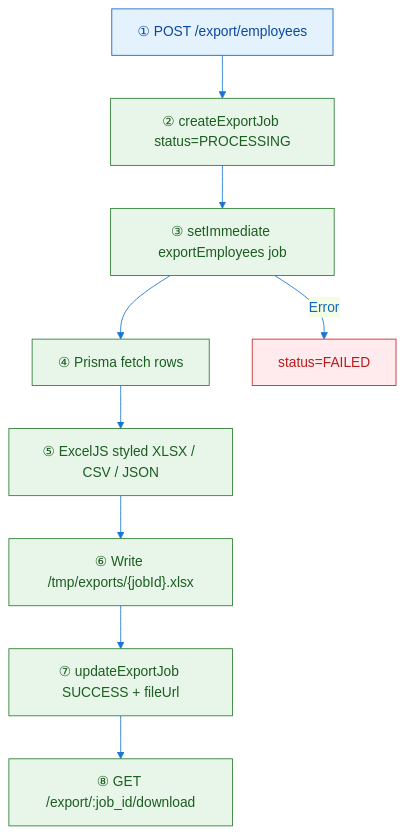
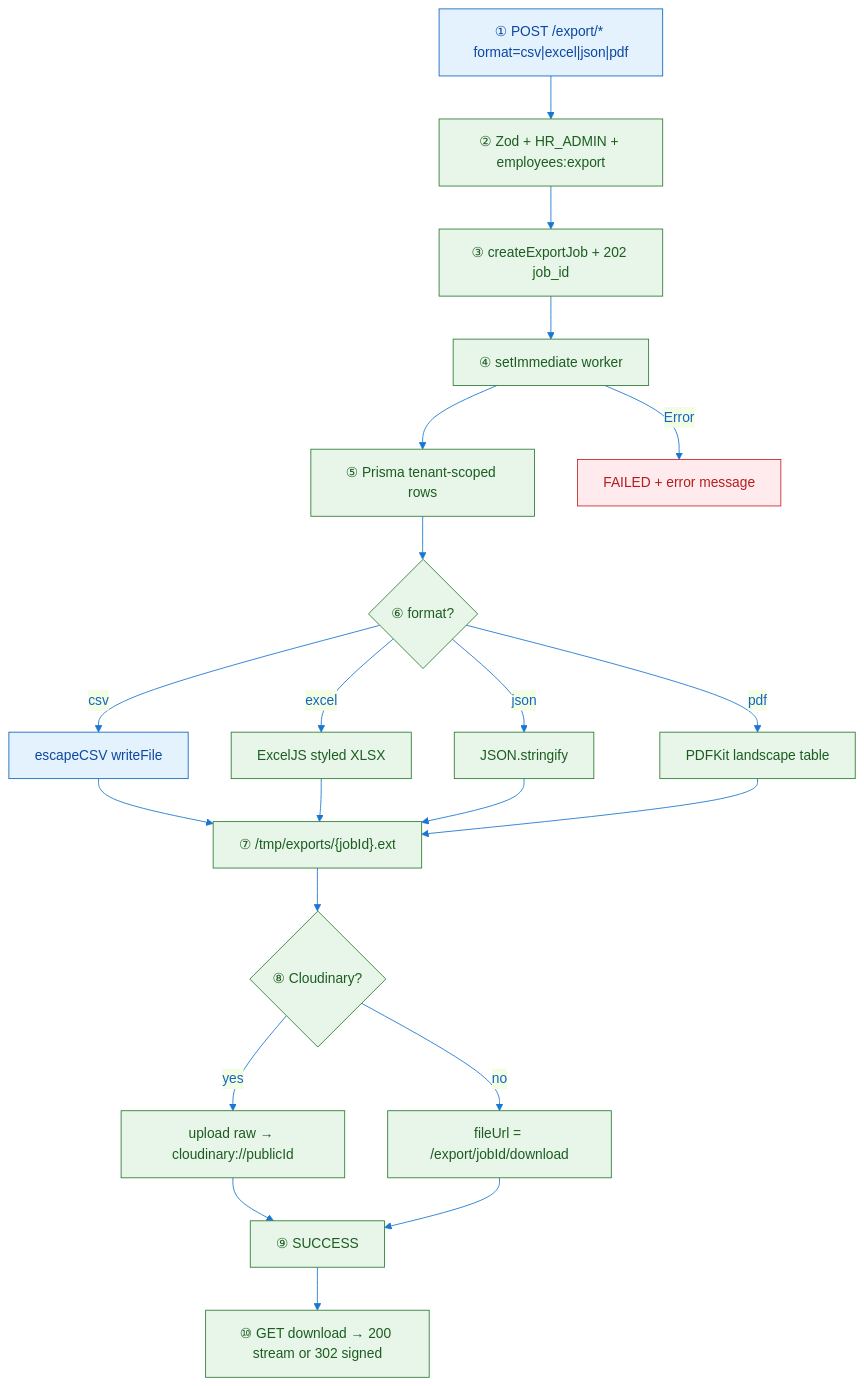
Before and after one commit to saeedafri/Employee-management-system: diagram 33 of 42 in docs/EMS_BACKEND_TECHNICAL_DOCUMENTATION.md, drawn with Mermaid. The commit also changed other lines of this file and 114 other files, not shown here.

Commit message:
PDF and CSV files Changes

````diff
--- a/docs/EMS_BACKEND_TECHNICAL_DOCUMENTATION.md
+++ b/docs/EMS_BACKEND_TECHNICAL_DOCUMENTATION.md
@@ -2636,21 +2552,33 @@
 ```mermaid
 flowchart TD
 %%{init: {'theme': 'base', 'themeVariables': { 'primaryColor': '#e3f2fd', 'primaryTextColor': '#1565c0', 'lineColor': '#1976d2'}}}%%
-P1["① POST /export/employees"] --> P2["② createExportJob status=PROCESSING"]
-    P2 --> P3["③ setImmediate exportEmployees job"]
-    P3 --> P4["④ Prisma fetch rows"]
-    P4 --> P5["⑤ ExcelJS styled XLSX / CSV / JSON"]
-    P5 --> P6["⑥ Write /tmp/exports/{jobId}.xlsx"]
-    P6 --> P7["⑦ updateExportJob SUCCESS + fileUrl"]
-    P7 --> P8["⑧ GET /export/:job_id/download"]
-    P3 -->|Error| F1["status=FAILED"]
+P1["① POST /export/* format=csv|excel|json|pdf"] --> P2["② Zod + HR_ADMIN + employees:export"]
+P2 --> P3["③ createExportJob + 202 job_id"]
+P3 --> P4["④ setImmediate worker"]
+P4 --> P5["⑤ Prisma tenant-scoped rows"]
+P5 --> P6{"⑥ format?"}
+P6 -->|csv| C1["escapeCSV writeFile"]
+P6 -->|excel| C2["ExcelJS styled XLSX"]
+P6 -->|json| C3["JSON.stringify"]
+P6 -->|pdf| C4["PDFKit landscape table"]
+C1 --> P7["⑦ /tmp/exports/{jobId}.ext"]
+C2 --> P7
+C3 --> P7
+C4 --> P7
+P7 --> P8{"⑧ Cloudinary?"}
+P8 -->|yes| P9["upload raw → cloudinary://publicId"]
+P8 -->|no| P10["fileUrl = /export/jobId/download"]
+P9 --> P11["⑨ SUCCESS"]
+P10 --> P11
+P11 --> P12["⑩ GET download → 200 stream or 302 signed"]
+P4 -->|Error| F1["FAILED + error message"]
 
 classDef client fill:#e3f2fd,stroke:#1565c0,color:#0d47a1
     classDef api fill:#e8f5e9,stroke:#2e7d32,color:#1b5e20
     classDef db fill:#fff3e0,stroke:#ef6c00,color:#e65100
     classDef external fill:#f3e5f5,stroke:#7b1fa2,color:#4a148c
     classDef warn fill:#ffebee,stroke:#c62828,color:#b71c1c
-    class P1 client
-    class P2,P3,P4,P5,P6,P7,P8 api
+    class C1,P1 client
+    class C2,C3,C4,P10,P11,P12,P2,P3,P4,P5,P6,P7,P8,P9 api
     class F1 warn
 ```
````
